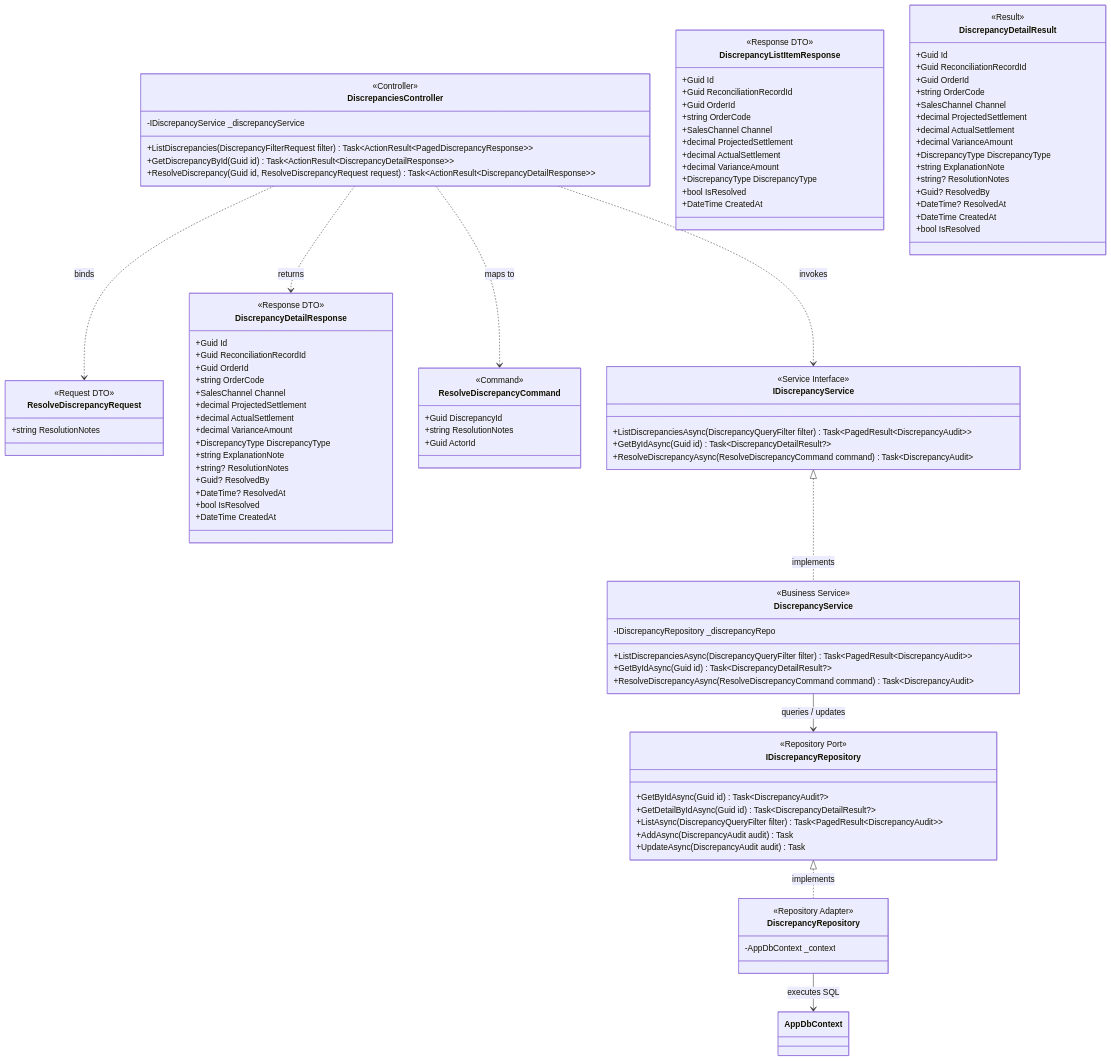
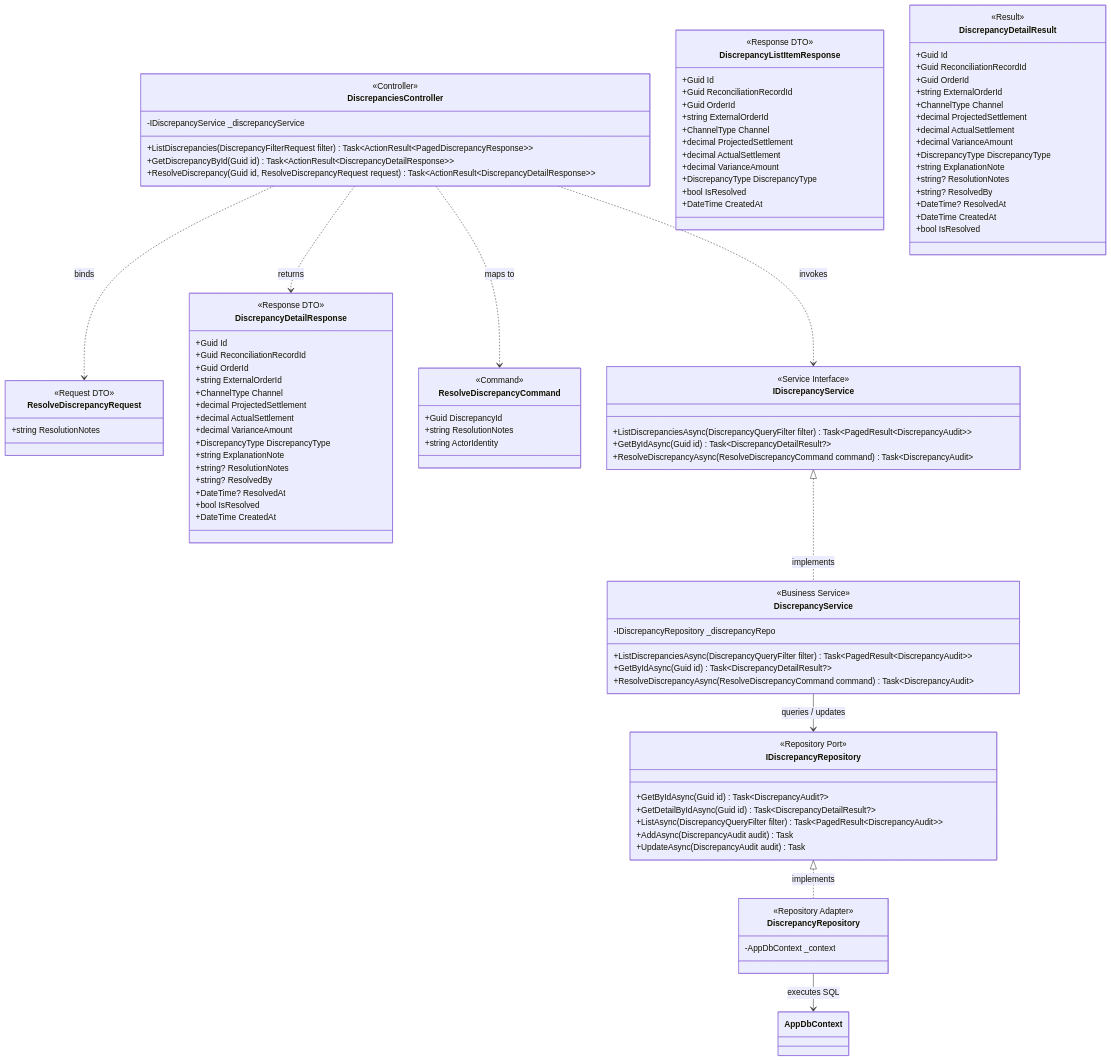
Before and after one commit to duchoa0405/Quanly_DoanhThu_LoiNhuan_DangDucHoa_VSF: the second of 3 diagrams in docs/architecture/class_diagram_settlement_discrepancy_en.md, drawn with Mermaid. The commit also changed other lines of this file and 5 other files, not shown here.

Commit message:
docs: align class diagrams with canonical contracts

```diff
--- a/docs/architecture/class_diagram_settlement_discrepancy_en.md
+++ b/docs/architecture/class_diagram_settlement_discrepancy_en.md
@@ -226,8 +233,8 @@
         +Guid Id
         +Guid ReconciliationRecordId
         +Guid OrderId
-        +string OrderCode
-        +SalesChannel Channel
+        +string ExternalOrderId
+        +ChannelType Channel
         +decimal ProjectedSettlement
         +decimal ActualSettlement
         +decimal VarianceAmount
@@ -241,15 +248,15 @@
         +Guid Id
         +Guid ReconciliationRecordId
         +Guid OrderId
-        +string OrderCode
-        +SalesChannel Channel
+        +string ExternalOrderId
+        +ChannelType Channel
         +decimal ProjectedSettlement
         +decimal ActualSettlement
         +decimal VarianceAmount
         +DiscrepancyType DiscrepancyType
         +string ExplanationNote
         +string? ResolutionNotes
-        +Guid? ResolvedBy
+        +string? ResolvedBy
         +DateTime? ResolvedAt
         +bool IsResolved
         +DateTime CreatedAt
@@ -260,7 +267,7 @@
         <<Command>>
         +Guid DiscrepancyId
         +string ResolutionNotes
-        +Guid ActorId
+        +string ActorIdentity
     }
 
     class DiscrepancyDetailResult {
@@ -268,15 +275,15 @@
         +Guid Id
         +Guid ReconciliationRecordId
         +Guid OrderId
-        +string OrderCode
-        +SalesChannel Channel
+        +string ExternalOrderId
+        +ChannelType Channel
         +decimal ProjectedSettlement
         +decimal ActualSettlement
         +decimal VarianceAmount
         +DiscrepancyType DiscrepancyType
         +string ExplanationNote
         +string? ResolutionNotes
-        +Guid? ResolvedBy
+        +string? ResolvedBy
         +DateTime? ResolvedAt
         +DateTime CreatedAt
         +bool IsResolved
```
